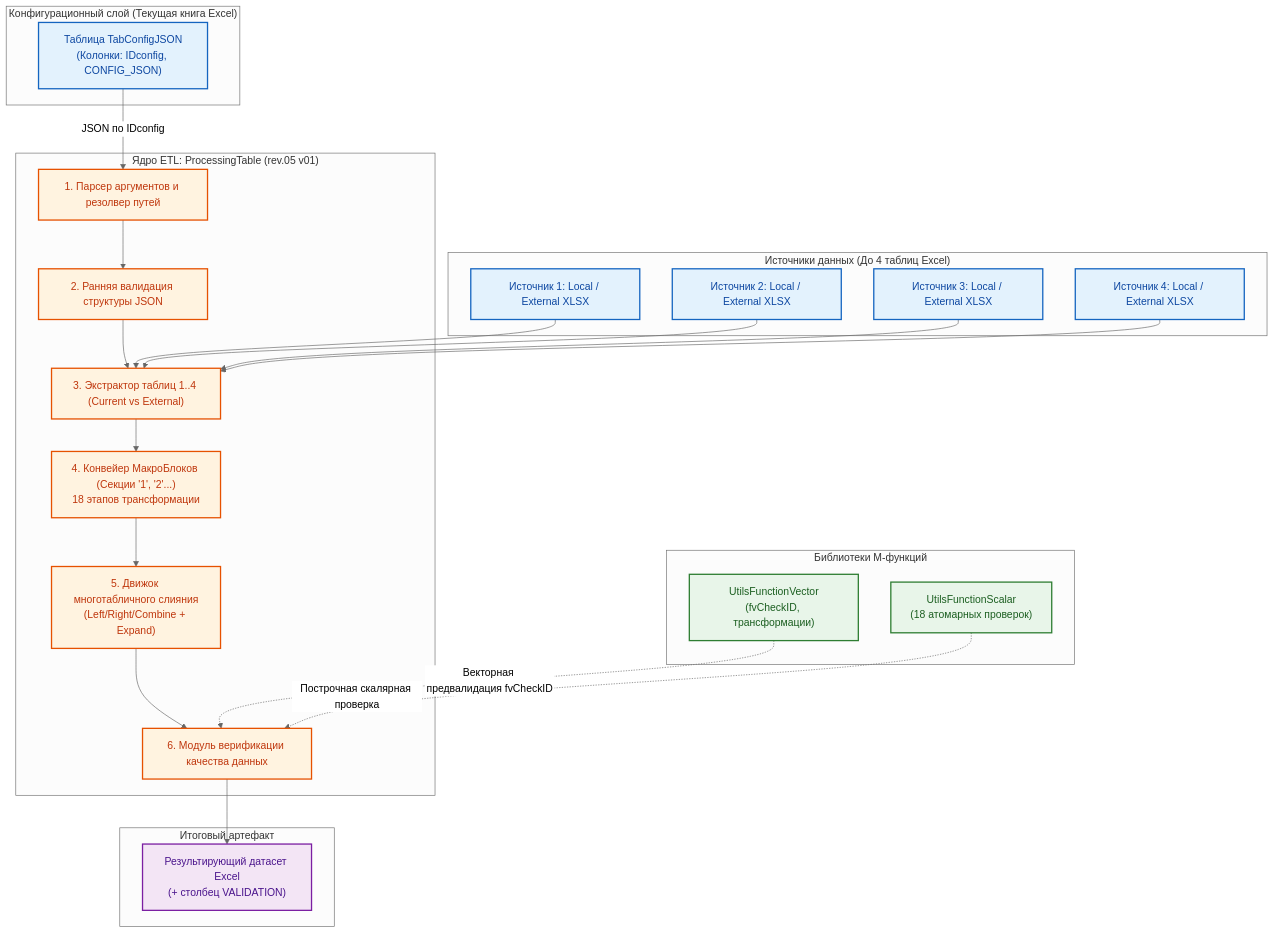
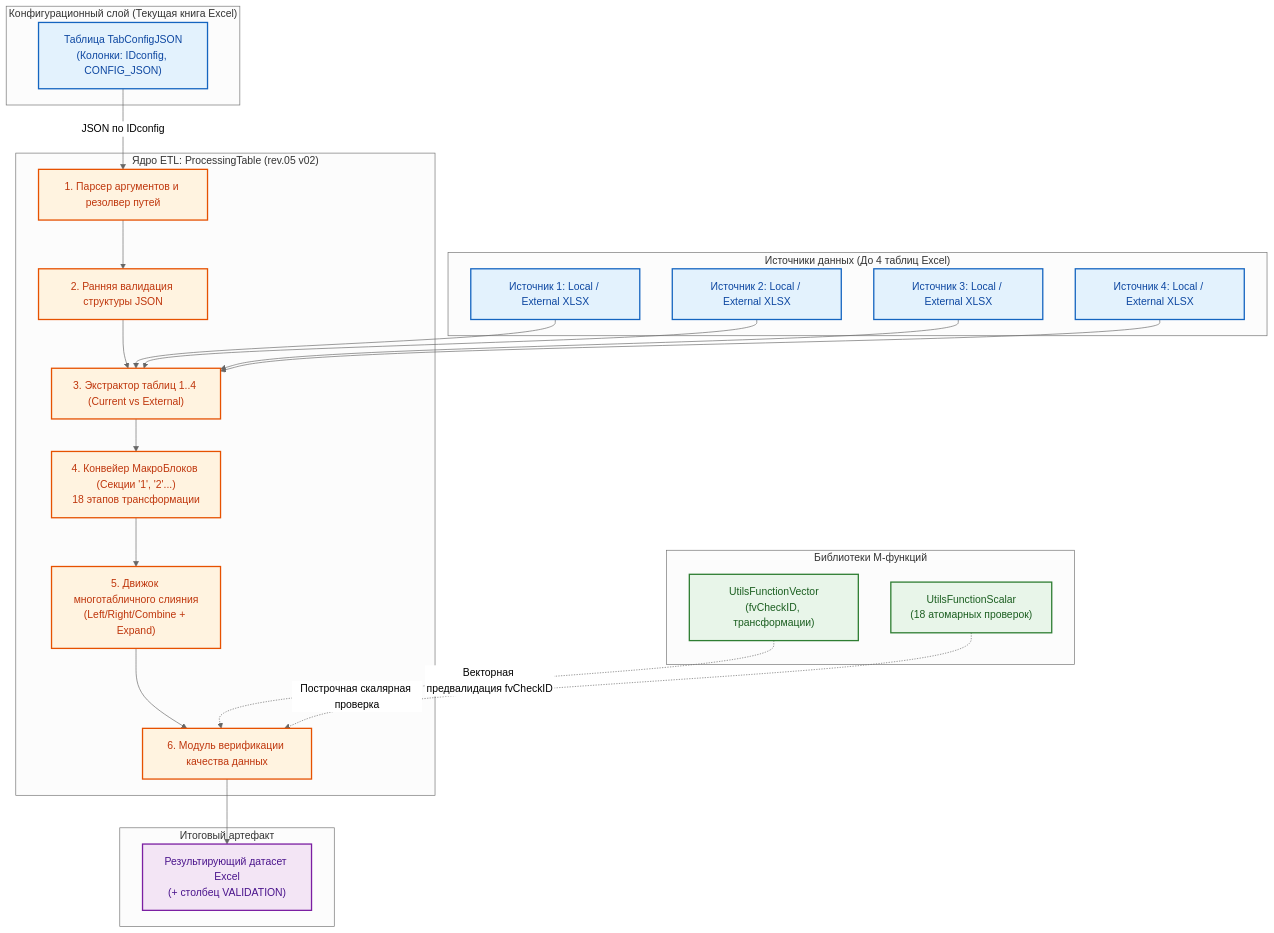
Before and after one commit to Konkery/Project-1_2026-N2-MAS: the first of 4 diagrams in 03__Проект/05__pq-script/01__general/03__ETL-processing/README-etl-processor.md, drawn with Mermaid (neutral theme). The commit also changed other lines of this file and 11 other files, not shown here.

````diff
--- a/03__Проект/05__pq-script/01__general/03__ETL-processing/README-etl-processor.md
+++ b/03__Проект/05__pq-script/01__general/03__ETL-processing/README-etl-processor.md
@@ -33,47 +33,47 @@
 ```mermaid
 flowchart TD
     classDef storage fill:#E3F2FD,stroke:#1565C0,stroke-width:2px,color:#0D47A1;
     classDef engine fill:#FFF3E0,stroke:#E65100,stroke-width:2px,color:#BF360C;
     classDef lib fill:#E8F5E9,stroke:#2E7D32,stroke-width:2px,color:#1B5E20;
     classDef output fill:#F3E5F5,stroke:#7B1FA2,stroke-width:2px,color:#4A148C;
 
     subgraph ConfigStorage ["Конфигурационный слой (Текущая книга Excel)"]
         TabConfig["Таблица TabConfigJSON<br/>(Колонки: IDconfig, CONFIG_JSON)"]:::storage
     end
 
-    subgraph ProcessorCore ["Ядро ETL: ProcessingTable (rev.05 v01)"]
+    subgraph ProcessorCore ["Ядро ETL: ProcessingTable (rev.05 v02)"]
         ArgResolver["1. Парсер аргументов и резолвер путей"]:::engine
         ConfigValidator["2. Ранняя валидация структуры JSON"]:::engine
         TableLoader["3. Экстрактор таблиц 1..4 (Current vs External)"]:::engine
         MacroEngine["4. Конвейер МакроБлоков (Секции '1', '2'...)<br/>18 этапов трансформации"]:::engine
         JoinEngine["5. Движок многотабличного слияния<br/>(Left/Right/Combine + Expand)"]:::engine
         ValidationEngine["6. Модуль верификации качества данных"]:::engine
     end
 
     subgraph DataSources ["Источники данных (До 4 таблиц Excel)"]
         Src1["Источник 1: Local / External XLSX"]:::storage
         Src2["Источник 2: Local / External XLSX"]:::storage
         Src3["Источник 3: Local / External XLSX"]:::storage
         Src4["Источник 4: Local / External XLSX"]:::storage
     end
 
     subgraph Libraries ["Библиотеки M-функций"]
         ScalarLib["UtilsFunctionScalar<br/>(18 атомарных проверок)"]:::lib
         VectorLib["UtilsFunctionVector<br/>(fvCheckID, трансформации)"]:::lib
     end
 
     subgraph TargetOutput ["Итоговый артефакт"]
         ResultTable["Результирующий датасет Excel<br/>(+ столбец VALIDATION)"]:::output
     end
 
     TabConfig -->|JSON по IDconfig| ArgResolver
     ArgResolver --> ConfigValidator
     ConfigValidator --> TableLoader
     Src1 & Src2 & Src3 & Src4 --> TableLoader
     TableLoader --> MacroEngine
     MacroEngine --> JoinEngine
     JoinEngine --> ValidationEngine
     VectorLib -.->|Векторная предвалидация fvCheckID| ValidationEngine
     ScalarLib -.->|Построчная скалярная проверка| ValidationEngine
     ValidationEngine --> ResultTable
 ```
````
